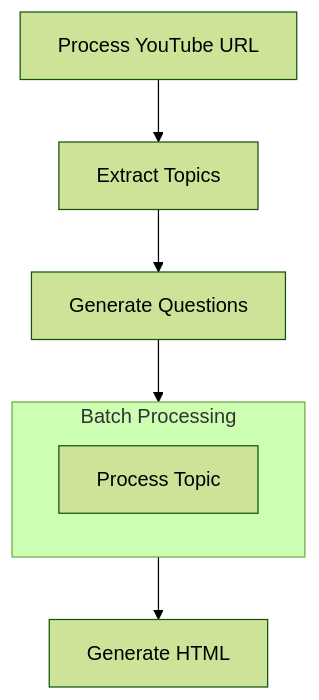
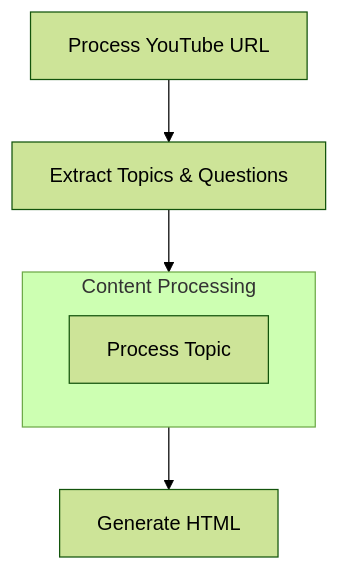
One commit to neuralnetworth/PocketFlow-YT-Summarizer changed the diagram in docs/design.md. Above: the diagram before and after it, drawn with Mermaid (forest theme). The commit also changed other lines of this file and 26 other files, not shown here.

````diff
--- a/docs/design.md
+++ b/docs/design.md
@@ -32,11 +32,10 @@
 ```mermaid
 flowchart TD
-    videoProcess[Process YouTube URL] --> topicExtract[Extract Topics]
-    topicExtract --> questionGen[Generate Questions]
-    questionGen --> contentBatch[Batch Processing]
+    videoProcess[Process YouTube URL] --> topicsQuestions[Extract Topics & Questions]
+    topicsQuestions --> contentBatch[Content Processing]
     contentBatch --> htmlGen[Generate HTML]
     
-    subgraph contentBatch[Batch Processing]
+    subgraph contentBatch[Content Processing]
         topicProcess[Process Topic]
     end
 ```
````
